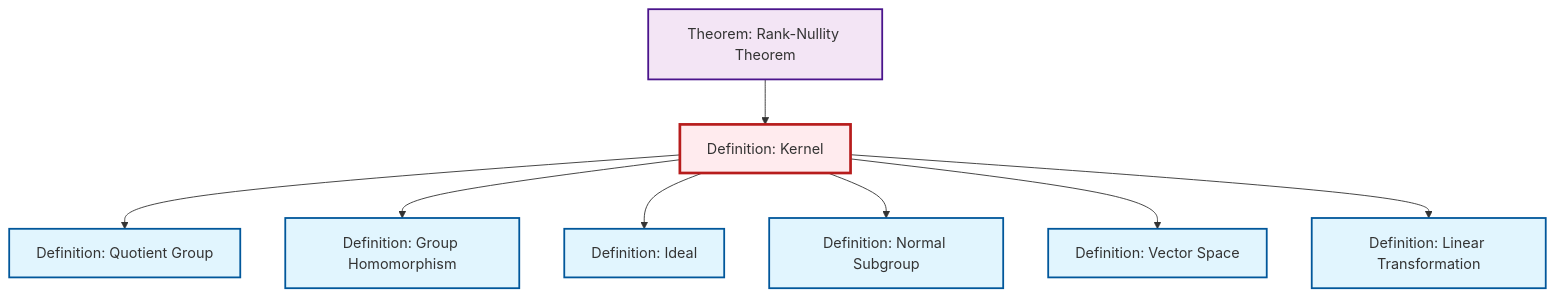
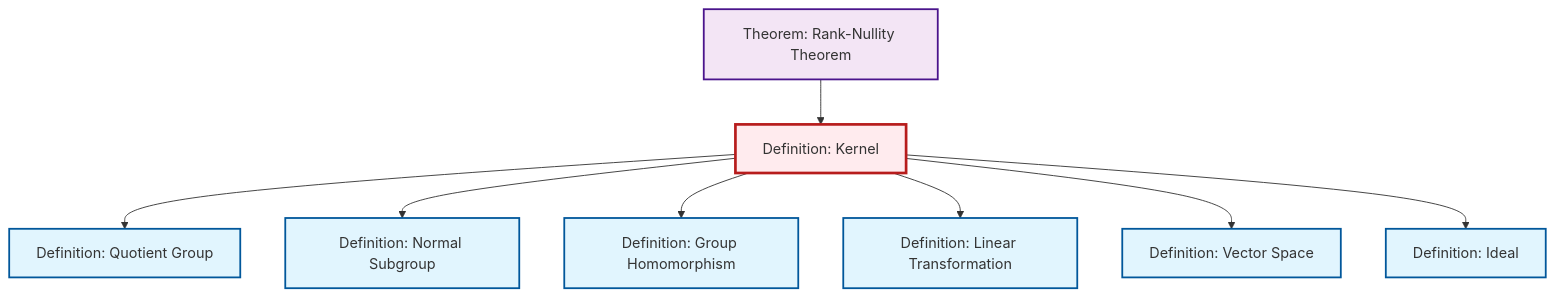
The diagram in content/ja/algebra/def-kernel.qmd (RK0429/ModernMath), drawn with Mermaid before and after one commit. The commit also changed other lines of this file and 417 other files, not shown here.

````diff
--- a/content/ja/algebra/def-kernel.qmd
+++ b/content/ja/algebra/def-kernel.qmd
@@ -80,32 +80,32 @@
 ```{mermaid}
 %%| fig-cap: "Local dependency graph"
 graph TD
     classDef definition fill:#e1f5fe,stroke:#01579b,stroke-width:2px
     classDef theorem fill:#f3e5f5,stroke:#4a148c,stroke-width:2px
     classDef axiom fill:#fff3e0,stroke:#e65100,stroke-width:2px
     classDef example fill:#e8f5e9,stroke:#1b5e20,stroke-width:2px
     classDef current fill:#ffebee,stroke:#b71c1c,stroke-width:3px
-    def-ideal["Definition: Ideal"]:::definition
+    def-kernel["Definition: Kernel"]:::definition
+    def-vector-space["Definition: Vector Space"]:::definition
+    def-homomorphism["Definition: Group Homomorphism"]:::definition
     def-normal-subgroup["Definition: Normal Subgroup"]:::definition
     thm-rank-nullity["Theorem: Rank-Nullity Theorem"]:::theorem
-    def-kernel["Definition: Kernel"]:::definition
-    def-homomorphism["Definition: Group Homomorphism"]:::definition
     def-quotient-group["Definition: Quotient Group"]:::definition
-    def-vector-space["Definition: Vector Space"]:::definition
+    def-ideal["Definition: Ideal"]:::definition
     def-linear-transformation["Definition: Linear Transformation"]:::definition
     def-kernel --> def-quotient-group
-    def-kernel --> def-homomorphism
-    def-kernel --> def-ideal
     thm-rank-nullity --> def-kernel
     def-kernel --> def-normal-subgroup
+    def-kernel --> def-homomorphism
+    def-kernel --> def-linear-transformation
     def-kernel --> def-vector-space
-    def-kernel --> def-linear-transformation
+    def-kernel --> def-ideal
     class def-kernel current
-    click def-ideal "def-ideal.html" "Definition: Idealへ"
+    click def-vector-space "def-vector-space.html" "Definition: Vector Spaceへ"
+    click def-homomorphism "def-homomorphism.html" "Definition: Group Homomorphismへ"
     click def-normal-subgroup "def-normal-subgroup.html" "Definition: Normal Subgroupへ"
     click thm-rank-nullity "thm-rank-nullity.html" "Theorem: Rank-Nullity Theoremへ"
-    click def-homomorphism "def-homomorphism.html" "Definition: Group Homomorphismへ"
     click def-quotient-group "def-quotient-group.html" "Definition: Quotient Groupへ"
-    click def-vector-space "def-vector-space.html" "Definition: Vector Spaceへ"
+    click def-ideal "def-ideal.html" "Definition: Idealへ"
     click def-linear-transformation "def-linear-transformation.html" "Definition: Linear Transformationへ"
 ```
````
